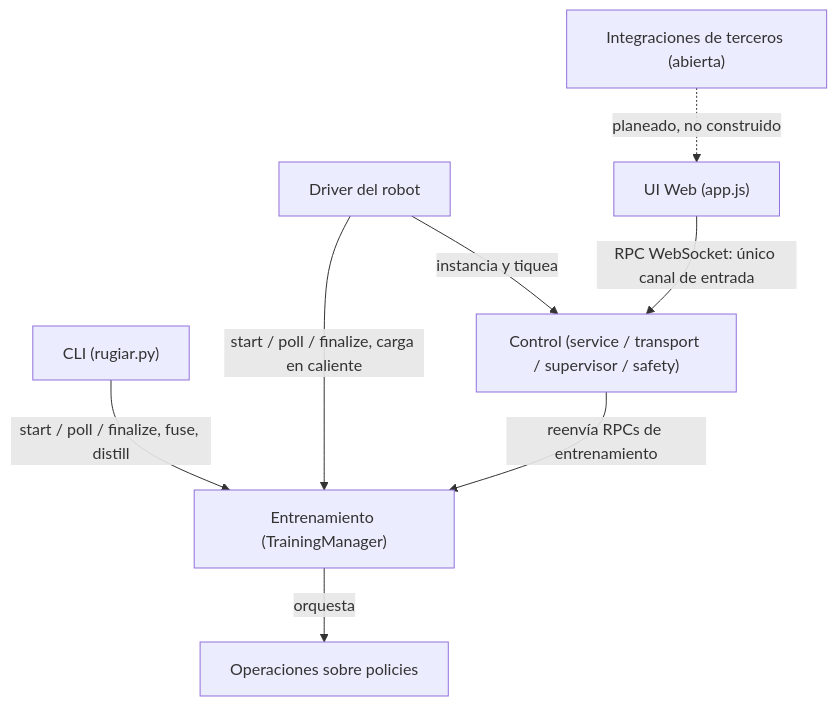
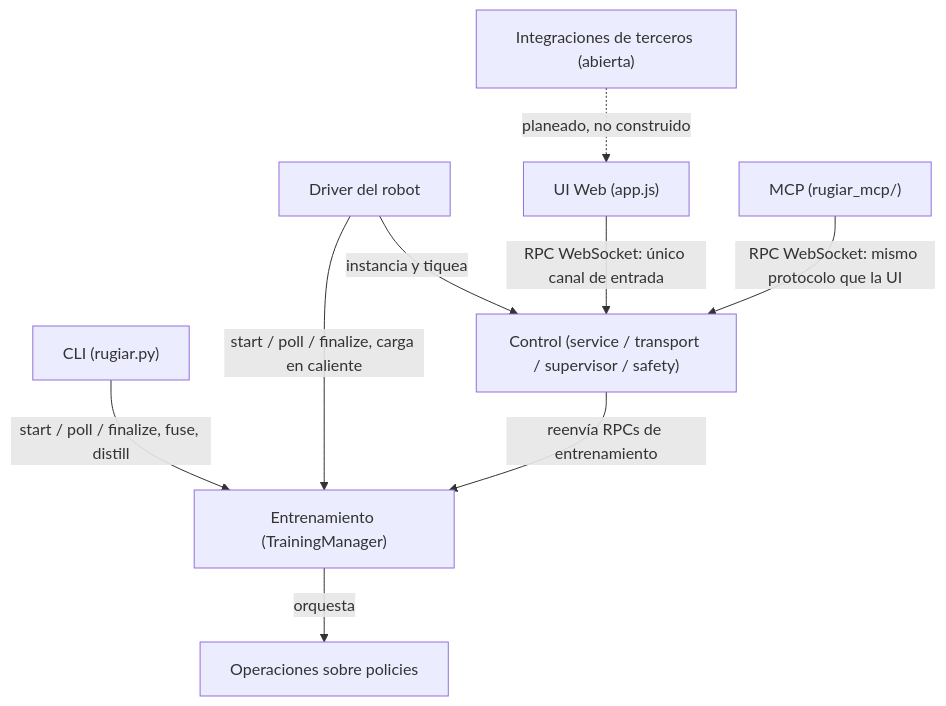
One commit to lpehduck/RobotUniversityGiar changed the first of 2 diagrams in docs/Sumate_a_RUgiar.md. Above: the diagram before and after it, drawn with Mermaid. The commit also changed other lines of this file and 18 other files, not shown here.

````diff
--- a/docs/Sumate_a_RUgiar.md
+++ b/docs/Sumate_a_RUgiar.md
@@ -142,18 +216,20 @@
 ```mermaid
 graph TD
     CLI["CLI (rugiar.py)"]
+    MCP["MCP (rugiar_mcp/)"]
     Entrenamiento["Entrenamiento (TrainingManager)"]
     OpsPolicies["Operaciones sobre policies"]
     Driver["Driver del robot"]
     Control["Control (service / transport / supervisor / safety)"]
     UIWeb["UI Web (app.js)"]
     Terceros["Integraciones de terceros (abierta)"]
 
     CLI -->|start / poll / finalize, fuse, distill| Entrenamiento
     Entrenamiento -->|orquesta| OpsPolicies
     Driver -->|start / poll / finalize, carga en caliente| Entrenamiento
     Driver -->|instancia y tiquea| Control
     Control -->|reenvía RPCs de entrenamiento| Entrenamiento
     UIWeb -->|RPC WebSocket: único canal de entrada| Control
+    MCP -->|RPC WebSocket: mismo protocolo que la UI| Control
     Terceros -.->|planeado, no construido| UIWeb
 ```
````
